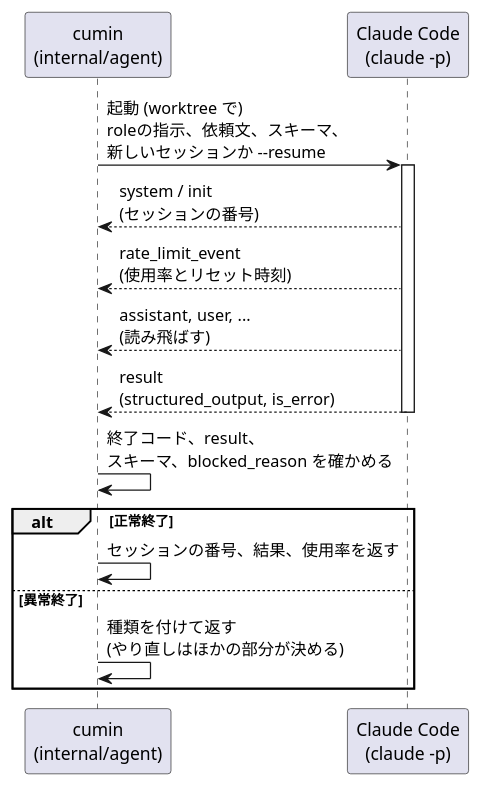
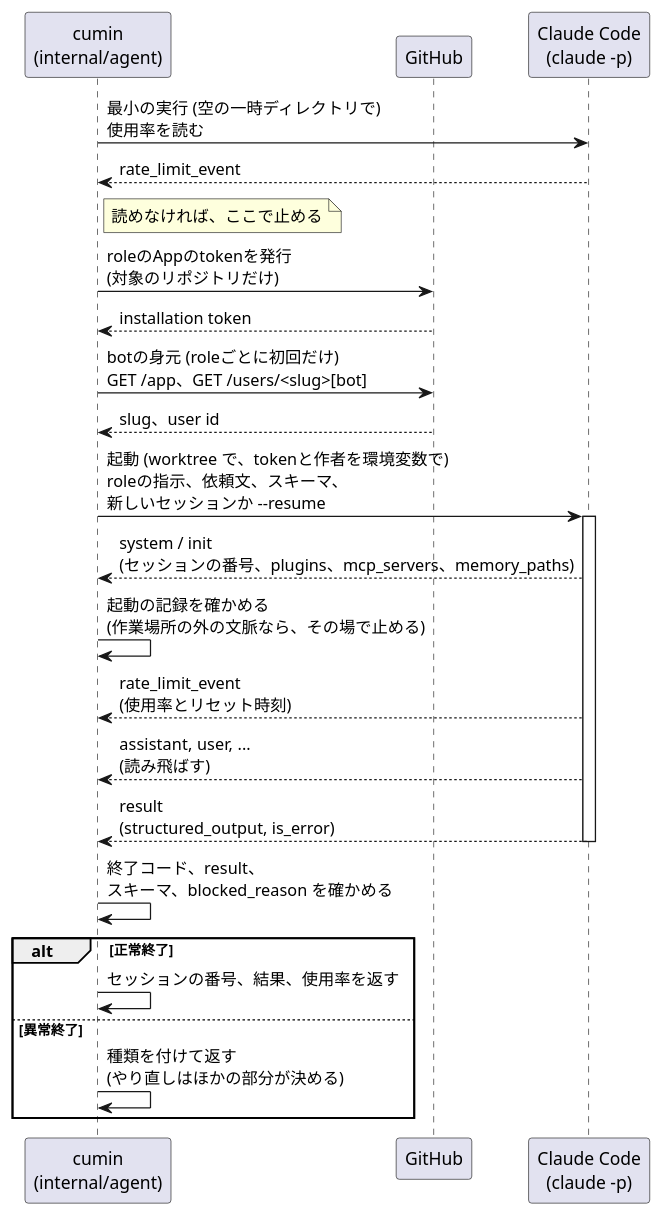
Before and after one commit to cloveclovedev/cumin-works: the diagram in docs/ja/designs/agent-run.puml, drawn with PlantUML. The commit also changed 6 other files, not shown here.

```diff
--- a/docs/ja/designs/agent-run.puml
+++ b/docs/ja/designs/agent-run.puml
@@ -1,21 +1,32 @@
 @startuml agent-run
 skinparam shadowing false
 skinparam defaultFontName sans-serif
 
 participant "cumin\n(internal/agent)" as cumin
+participant "GitHub" as github
 participant "Claude Code\n(claude -p)" as claude
 
-cumin -> claude : 起動 (worktree で)\nroleの指示、依頼文、スキーマ、\n新しいセッションか --resume
+cumin -> claude : 最小の実行 (空の一時ディレクトリで)\n使用率を読む
+claude --> cumin : rate_limit_event
+note right of cumin : 読めなければ、ここで止める
+
+cumin -> github : roleのAppのtokenを発行\n(対象のリポジトリだけ)
+github --> cumin : installation token
+cumin -> github : botの身元 (roleごとに初回だけ)\nGET /app、GET /users/<slug>[bot]
+github --> cumin : slug、user id
+
+cumin -> claude : 起動 (worktree で、tokenと作者を環境変数で)\nroleの指示、依頼文、スキーマ、\n新しいセッションか --resume
 activate claude
-claude --> cumin : system / init\n(セッションの番号)
+claude --> cumin : system / init\n(セッションの番号、plugins、mcp_servers、memory_paths)
+cumin -> cumin : 起動の記録を確かめる\n(作業場所の外の文脈なら、その場で止める)
 claude --> cumin : rate_limit_event\n(使用率とリセット時刻)
 claude --> cumin : assistant, user, ...\n(読み飛ばす)
 claude --> cumin : result\n(structured_output, is_error)
 deactivate claude
 cumin -> cumin : 終了コード、result、\nスキーマ、blocked_reason を確かめる
 alt 正常終了
   cumin -> cumin : セッションの番号、結果、使用率を返す
 else 異常終了
   cumin -> cumin : 種類を付けて返す\n(やり直しはほかの部分が決める)
 end
 @enduml
```
